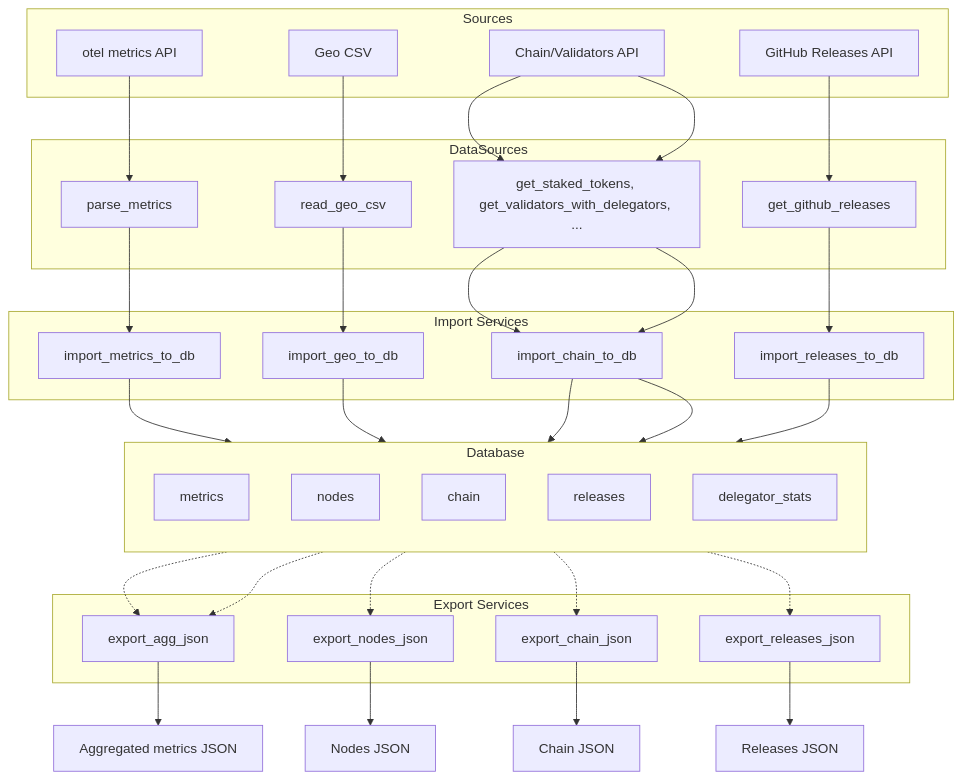
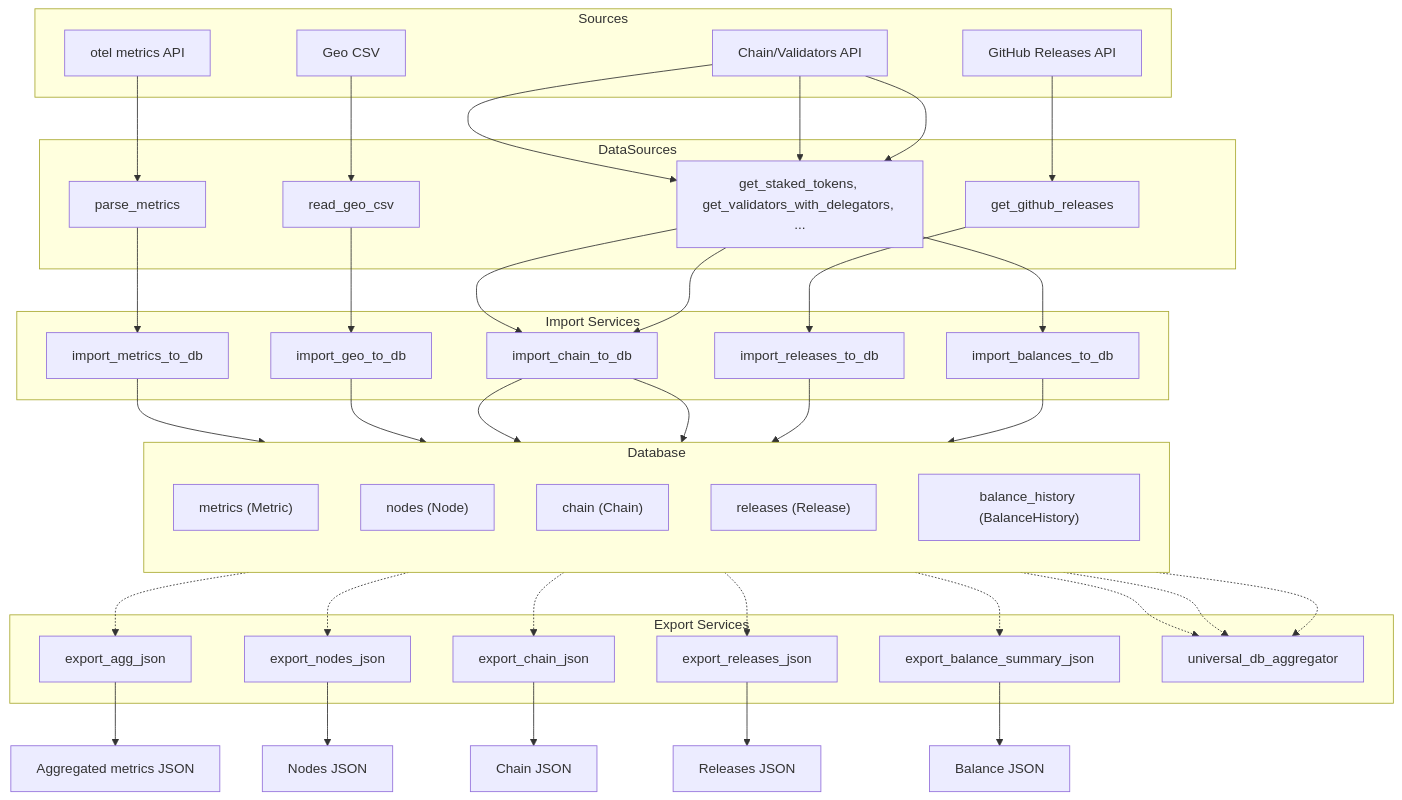
One commit to muhaylosemenyuk/celestiabridgeexplorer changed the first of 2 diagrams in README.md. Above: the diagram before and after it, drawn with Mermaid. The commit also changed other lines of this file and 16 other files, not shown here.

Commit message:
Universal DB Aggregator and Enhanced Balance System

````diff
--- a/README.md
+++ b/README.md
@@ -139,56 +229,64 @@
 ```mermaid
 flowchart TD
     subgraph Sources
         A1["otel metrics API"]
         A2["Geo CSV"]
         A3["Chain/Validators API"]
         A4["GitHub Releases API"]
     end
 
     subgraph DataSources
         B1["parse_metrics"]
         B2["read_geo_csv"]
         B3["get_staked_tokens, get_validators_with_delegators, ..."]
         B4["get_github_releases"]
     end
 
     subgraph ImportServices["Import Services"]
         C1["import_metrics_to_db"]
         C2["import_geo_to_db"]
         C3["import_chain_to_db"]
         C4["import_releases_to_db"]
+        C5["import_balances_to_db"]
     end
 
     subgraph DB[Database]
         direction TB
-        D1["metrics"]
-        D2["nodes"]
-        D3["chain"]
-        D4["releases"]
-        D5["delegator_stats"]
+        D1["metrics (Metric)"]
+        D2["nodes (Node)"]
+        D3["chain (Chain)"]
+        D4["releases (Release)"]
+        D5["balance_history (BalanceHistory)"]
     end
 
     subgraph ExportServices["Export Services"]
         E1["export_agg_json"]
         E2["export_chain_json"]
         E3["export_nodes_json"]
         E4["export_releases_json"]
+        E5["export_balance_summary_json"]
+        E6["universal_db_aggregator"]
     end
 
     F1["Aggregated metrics JSON"]
     F2["Chain JSON"]
     F3["Nodes JSON"]
     F4["Releases JSON"]
+    F5["Balance JSON"]
 
     A1 --> B1 --> C1 --> D1
     A2 --> B2 --> C2 --> D2
     A3 --> B3 --> C3 --> D3
     A3 --> B3 --> C3 --> D5
     A4 --> B4 --> C4 --> D4
+    A3 --> B3 --> C5 --> D5
 
     D1 -.-> E1 --> F1
+    D1 -.-> E6
     D2 -.-> E3 --> F3
+    D2 -.-> E6
     D3 -.-> E2 --> F2
     D4 -.-> E4 --> F4
-    D5 -.-> E1
+    D5 -.-> E5 --> F5
+    D5 -.-> E6
 ```
````
